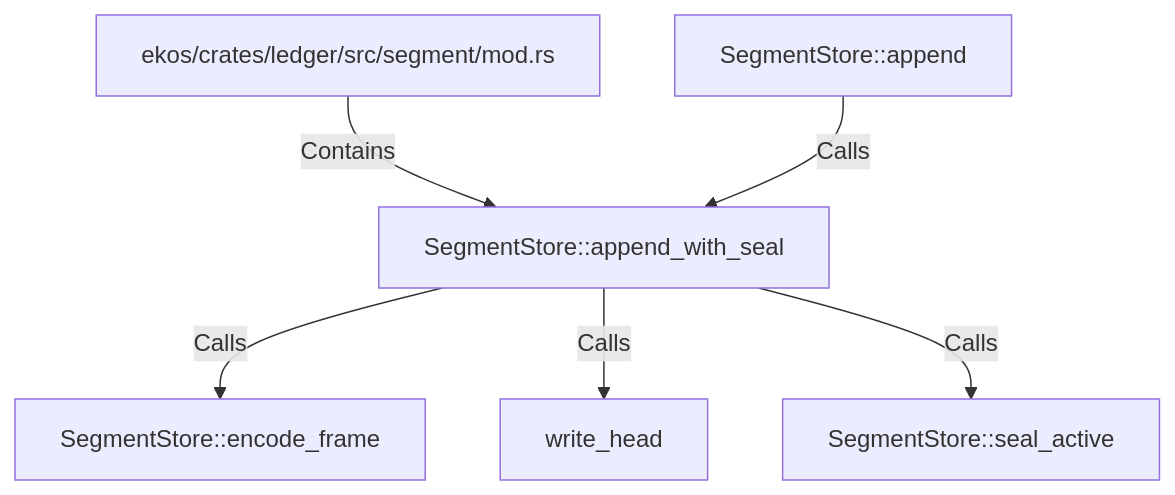
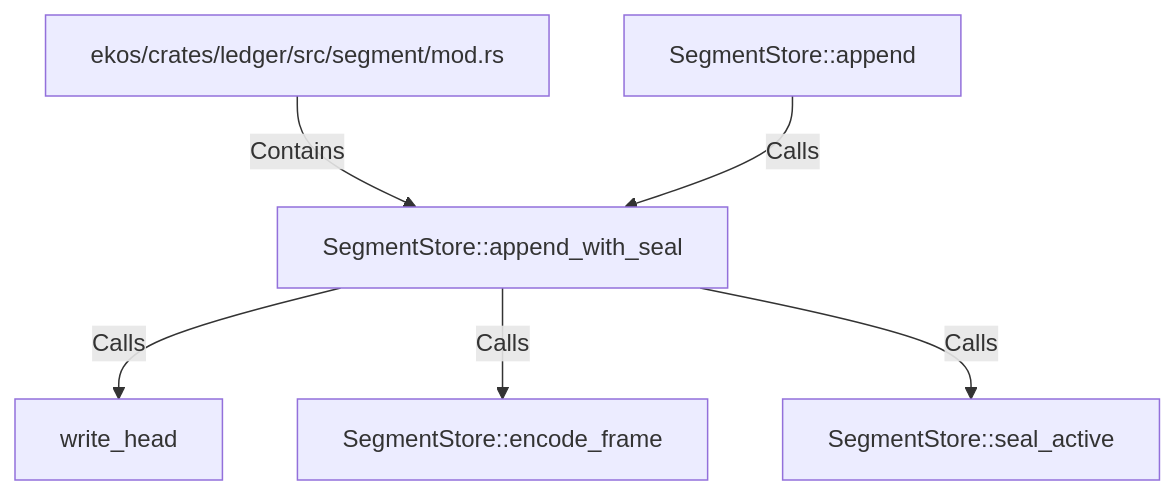
Before and after one commit to alexeyban/EKOS: the diagram in doc/entities/rustsymbol/se/segmentstore-append-with-seal.md, drawn with Mermaid. The commit also changed other lines of this file and 552 other files, not shown here.

````diff
--- a/doc/entities/rustsymbol/se/segmentstore-append-with-seal.md
+++ b/doc/entities/rustsymbol/se/segmentstore-append-with-seal.md
@@ -24,14 +24,14 @@
 ```mermaid
 graph TD
     ne15adeb3bb2f54d683eee79281bea443["SegmentStore::append_with_seal"]
     n80a64e0ab0ac51dfb3be128cddd1cc83["ekos/crates/ledger/src/segment/mod.rs"]
     n80a64e0ab0ac51dfb3be128cddd1cc83 -->|Contains| ne15adeb3bb2f54d683eee79281bea443
     nb324f197c4fc5b5589b422ca137bf445["SegmentStore::append"]
     nb324f197c4fc5b5589b422ca137bf445 -->|Calls| ne15adeb3bb2f54d683eee79281bea443
+    n203436f84f5f5f2b93a8b25fd11e5174["write_head"]
+    ne15adeb3bb2f54d683eee79281bea443 -->|Calls| n203436f84f5f5f2b93a8b25fd11e5174
     n38292a246783520da3814370713746a4["SegmentStore::encode_frame"]
     ne15adeb3bb2f54d683eee79281bea443 -->|Calls| n38292a246783520da3814370713746a4
-    n203436f84f5f5f2b93a8b25fd11e5174["write_head"]
-    ne15adeb3bb2f54d683eee79281bea443 -->|Calls| n203436f84f5f5f2b93a8b25fd11e5174
     nf2a44d2b25475a57b0b3ec7494028286["SegmentStore::seal_active"]
     ne15adeb3bb2f54d683eee79281bea443 -->|Calls| nf2a44d2b25475a57b0b3ec7494028286
 ```
````
